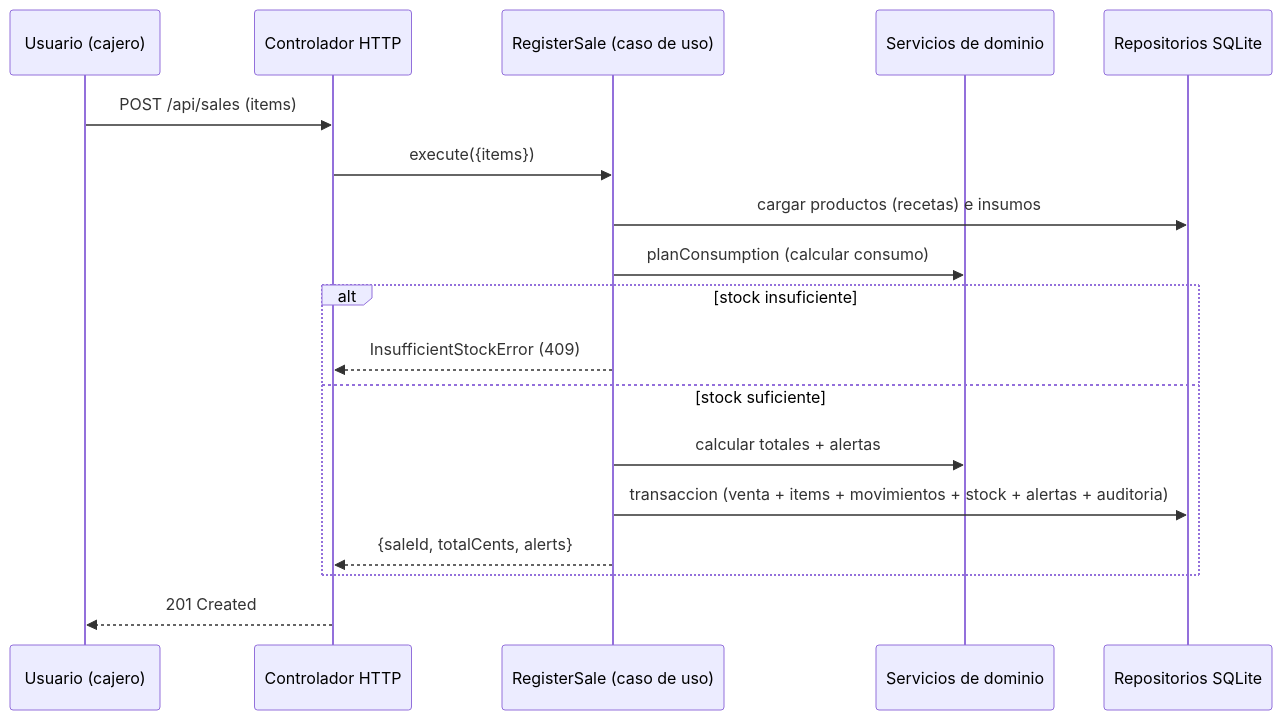
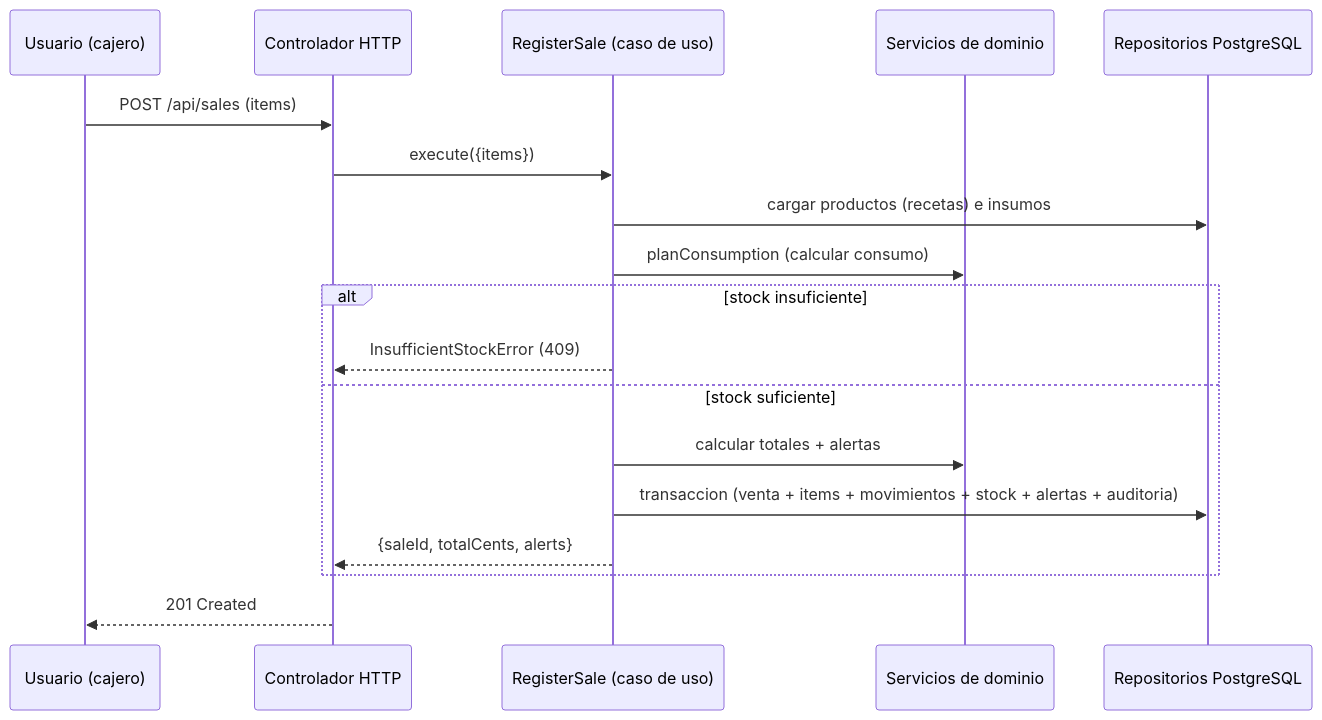
One commit to SProtector04/tdeinfo-proyectounidadI changed the second of 2 diagrams in docs/arquitectura.md. Above: the diagram before and after it, drawn with Mermaid. The commit also changed other lines of this file and 39 other files, not shown here.

Commit message:
migrate from SQLite to PostgreSQL

````diff
--- a/docs/arquitectura.md
+++ b/docs/arquitectura.md
@@ -57,21 +57,21 @@
 ```mermaid
 sequenceDiagram
   participant U as Usuario (cajero)
   participant C as Controlador HTTP
   participant UC as RegisterSale (caso de uso)
   participant D as Servicios de dominio
-  participant R as Repositorios SQLite
+  participant R as Repositorios PostgreSQL
 
   U->>C: POST /api/sales (items)
   C->>UC: execute({items})
   UC->>R: cargar productos (recetas) e insumos
   UC->>D: planConsumption (calcular consumo)
   alt stock insuficiente
     UC-->>C: InsufficientStockError (409)
   else stock suficiente
     UC->>D: calcular totales + alertas
     UC->>R: transaccion (venta + items + movimientos + stock + alertas + auditoria)
     UC-->>C: {saleId, totalCents, alerts}
   end
   C-->>U: 201 Created
 ```
````
